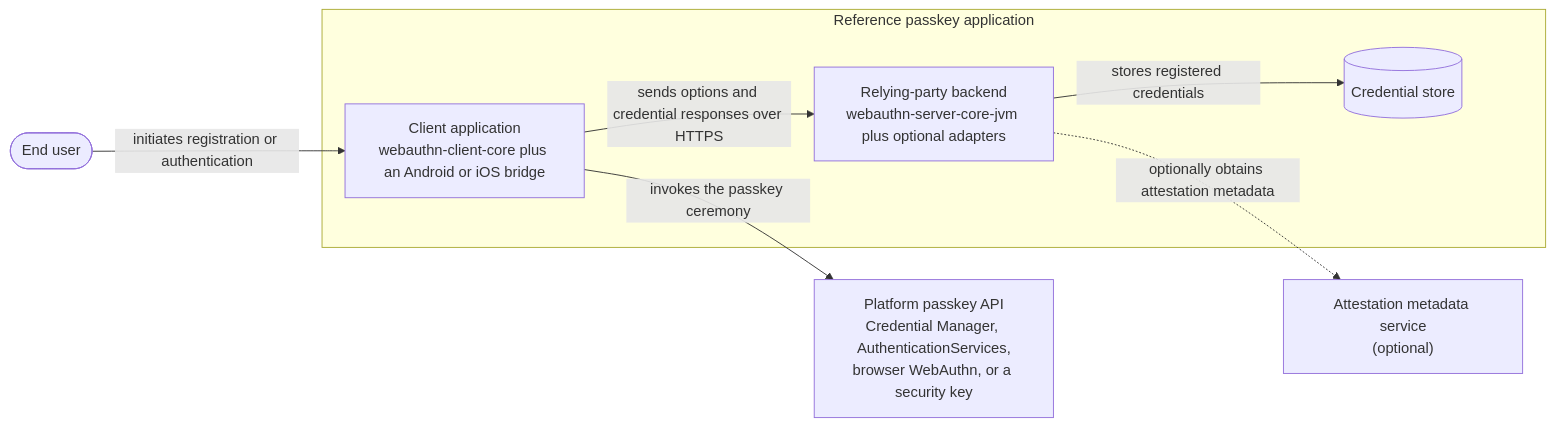
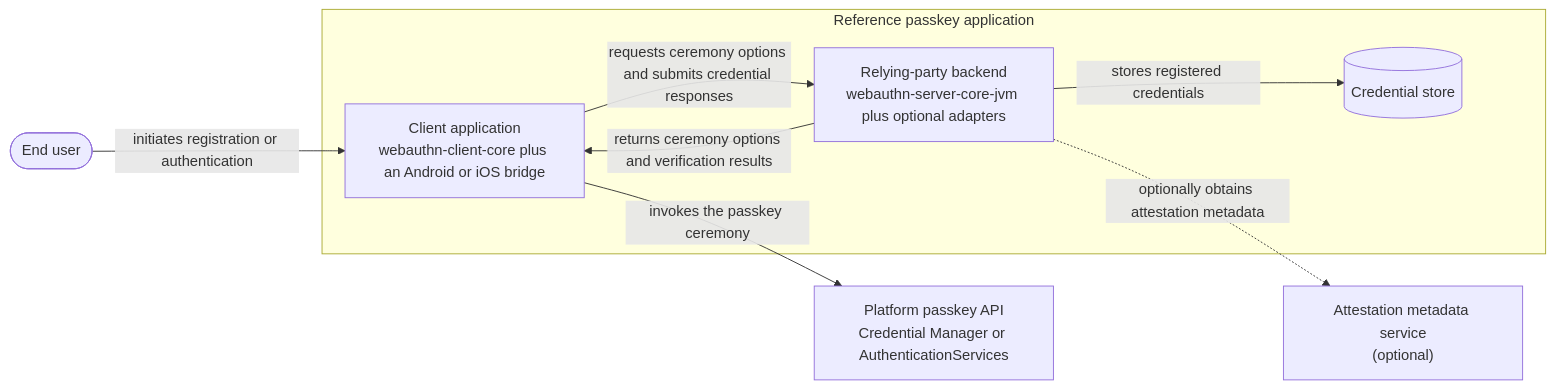
The first of 4 diagrams in docs/architecture.md (szijpeter/webauthn-kotlin-multiplatform), drawn with Mermaid before and after one commit. The commit also changed other lines of this file, not shown here.

Commit message:
docs: polish architecture diagrams

````diff
--- a/docs/architecture.md
+++ b/docs/architecture.md
@@ -32,19 +32,19 @@
 ```mermaid
 flowchart LR
     USER([End user])
 
     subgraph APPLICATION["Reference passkey application"]
         CLIENT["Client application<br/>webauthn-client-core plus an Android or iOS bridge"]
         BACKEND["Relying-party backend<br/>webauthn-server-core-jvm plus optional adapters"]
         STORE[("Credential store")]
     end
 
-    PLATFORM["Platform passkey API<br/>Credential Manager, AuthenticationServices,<br/>browser WebAuthn, or a security key"]
+    PLATFORM["Platform passkey API<br/>Credential Manager or AuthenticationServices"]
     MDS["Attestation metadata service<br/>(optional)"]
 
     USER -->|initiates registration or authentication| CLIENT
-    CLIENT -->|sends options and credential responses over HTTPS| BACKEND
+    CLIENT -->|requests ceremony options and submits credential responses| BACKEND; BACKEND -->|returns ceremony options and verification results| CLIENT
     CLIENT -->|invokes the passkey ceremony| PLATFORM
     BACKEND -->|stores registered credentials| STORE
     BACKEND -. optionally obtains attestation metadata .-> MDS
 ```
````
